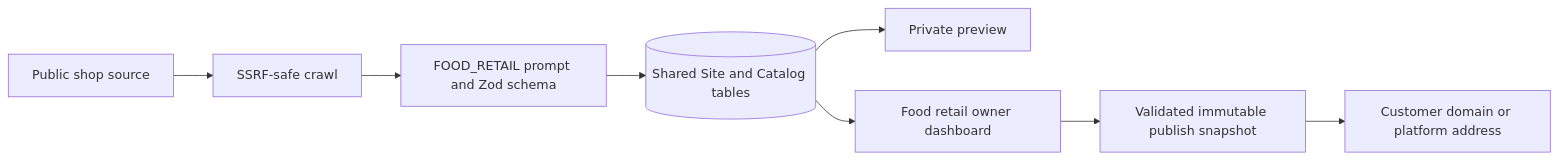
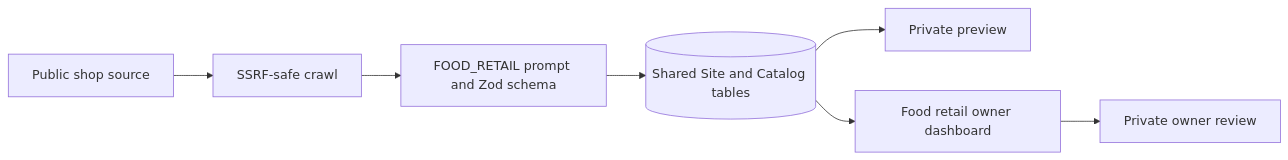
One commit to VincentShipsIt/cornershopdev changed the diagram in docs/verticals/food-retail.md. Above: the diagram before and after it, drawn with Mermaid. The commit also changed other lines of this file and 15 other files, not shown here.

````diff
--- a/docs/verticals/food-retail.md
+++ b/docs/verticals/food-retail.md
@@ -9,10 +9,9 @@
 ```mermaid
 flowchart LR
   A[Public shop source] --> B[SSRF-safe crawl]
   B --> C[FOOD_RETAIL prompt and Zod schema]
   C --> D[(Shared Site and Catalog tables)]
   D --> E[Private preview]
   D --> F[Food retail owner dashboard]
-  F --> G[Validated immutable publish snapshot]
-  G --> H[Customer domain or platform address]
+  F --> G[Private owner review]
 ```
````
